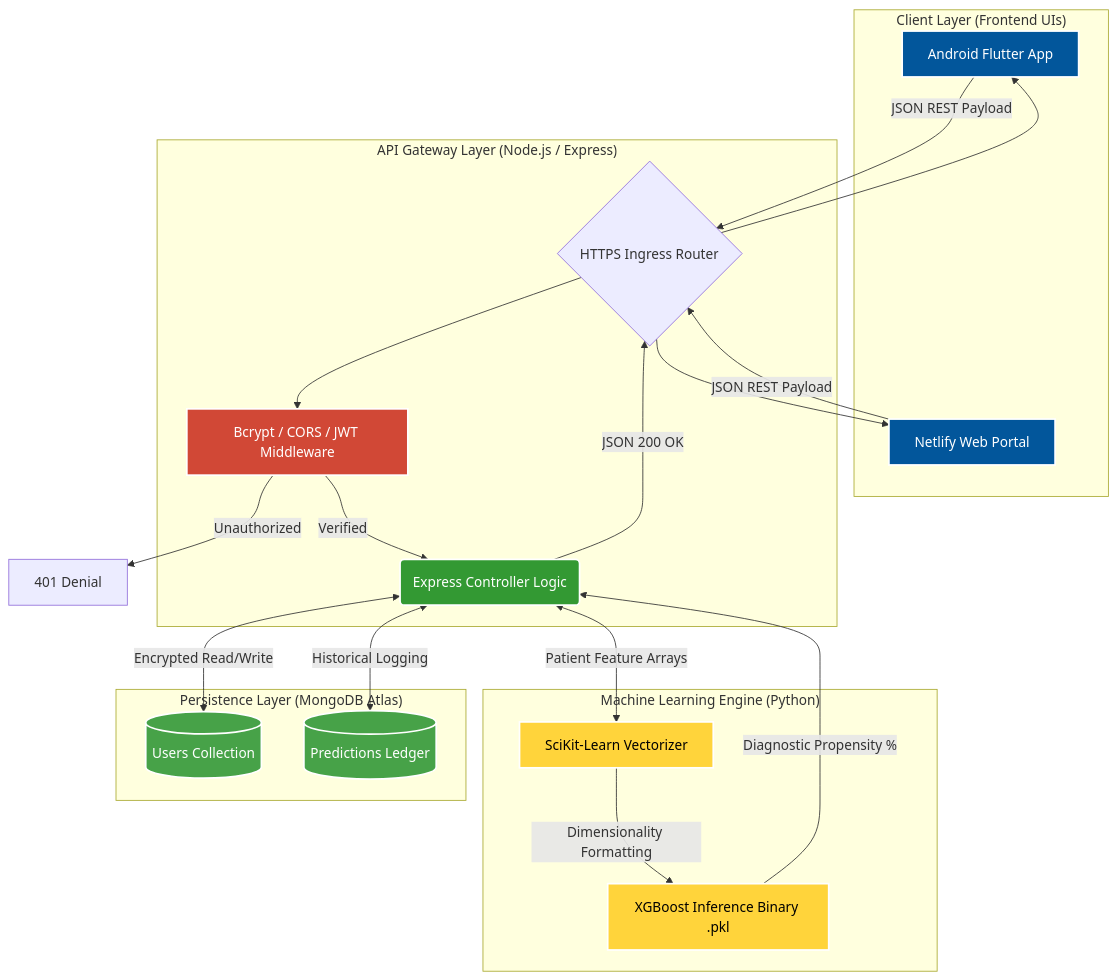
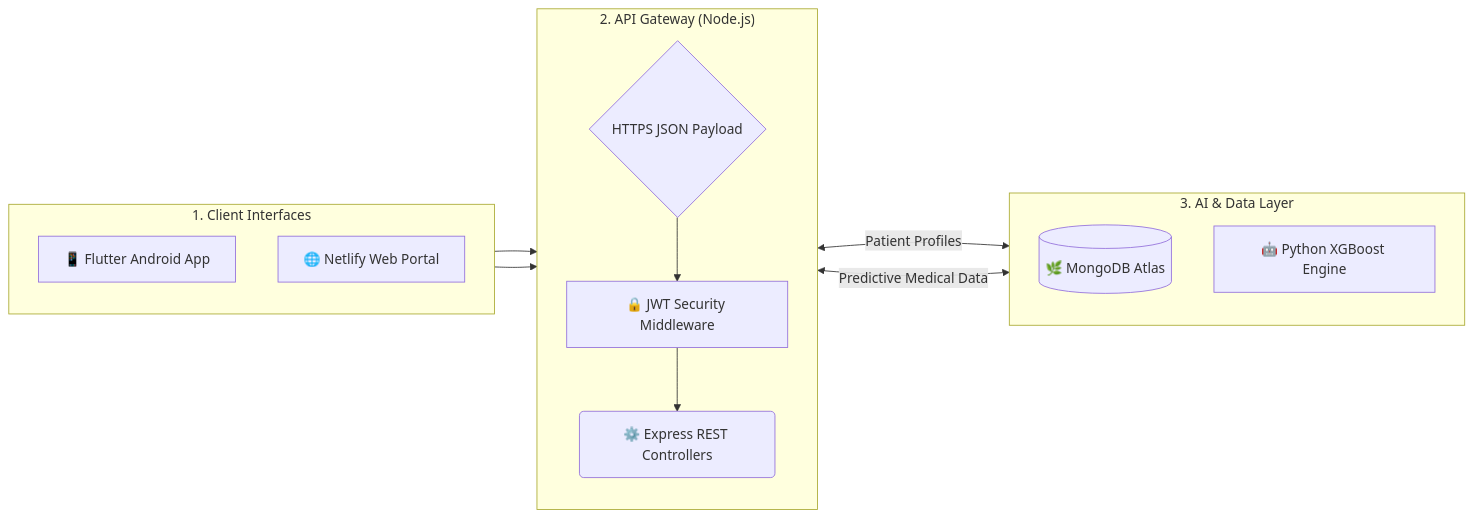
Before and after one commit to sathishr-ai/HeartSafe-FullStack: the diagram in README.md, drawn with Mermaid. The commit also changed other lines of this file, not shown here.

Commit message:
Optimize Architecture Graph for Recruiter Readability

````diff
--- a/README.md
+++ b/README.md
@@ -78,47 +78,31 @@
 ```mermaid
-graph TD
-    classDef frontend fill:#02569B,stroke:#fff,stroke-width:2px,color:#fff;
-    classDef nodejs fill:#339933,stroke:#fff,stroke-width:2px,color:#fff;
-    classDef python fill:#FFD43B,stroke:#fff,stroke-width:2px,color:#000;
-    classDef db fill:#47A248,stroke:#fff,stroke-width:2px,color:#fff;
-    classDef security fill:#D14836,stroke:#fff,stroke-width:2px,color:#fff;
-
-    subgraph "Client Layer (Frontend UIs)"
-        A[Android Flutter App]:::frontend
-        B[Netlify Web Portal]:::frontend
+graph LR
+    %% Core Interfaces
+    subgraph "1. Client Interfaces"
+        direction TB
+        A[📱 Flutter Android App]
+        B[🌐 Netlify Web Portal]
     end
 
-    subgraph "API Gateway Layer (Node.js / Express)"
-        C{HTTPS Ingress Router}
-        D[Bcrypt / CORS / JWT Middleware]:::security
-        E(Express Controller Logic):::nodejs
+    %% Network & Security
+    subgraph "2. API Gateway (Node.js)"
+        direction TB
+        C{HTTPS JSON Payload}
+        D[🔒 JWT Security Middleware]
+        E(⚙️ Express REST Controllers)
     end
 
-    subgraph "Machine Learning Engine (Python)"
-        F[XGBoost Inference Binary .pkl]:::python
-        G[SciKit-Learn Vectorizer]:::python
+    %% Core computation
+    subgraph "3. AI & Data Layer"
+        direction TB
+        F[(🌿 MongoDB Atlas)]
+        G[🤖 Python XGBoost Engine]
     end
 
-    subgraph "Persistence Layer (MongoDB Atlas)"
-        H[(Users Collection)]:::db
-        I[(Predictions Ledger)]:::db
-    end
-
-    A -->|JSON REST Payload| C
-    B -->|JSON REST Payload| C
-    
+    %% Flow Dynamics
+    A & B --> C
     C --> D
-    D -- Unauthorized --> 401[401 Denial]
-    D -- Verified --> E
-    
-    E <-->|Encrypted Read/Write| H
-    E <-->|Historical Logging| I
-    
-    E <-->|Patient Feature Arrays| G
-    G -->|Dimensionality Formatting| F
-    F -->|Diagnostic Propensity %| E
-    
-    E -->|JSON 200 OK| C
-    C --> A
-    C --> B
+    D --> E
+    E <-->|Patient Profiles| F
+    E <-->|Predictive Medical Data| G
 ```
````
